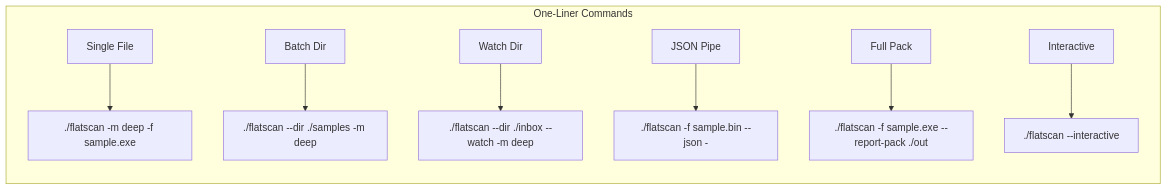
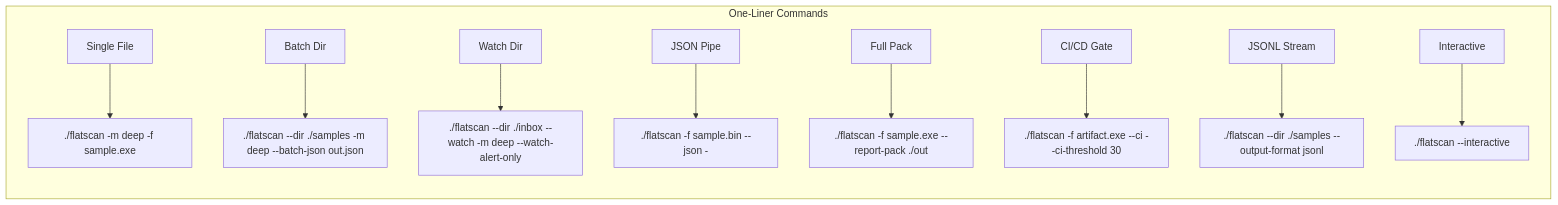
Before and after one commit to Masriyan/FlatScan: the first of 7 diagrams in usage.md, drawn with Mermaid. The commit also changed other lines of this file and 20 other files, not shown here.

````diff
--- a/usage.md
+++ b/usage.md
@@ -31,11 +32,13 @@
 ```mermaid
 graph LR
     subgraph "One-Liner Commands"
         A["Single File"] --> B["./flatscan -m deep -f sample.exe"]
-        C["Batch Dir"] --> D["./flatscan --dir ./samples -m deep"]
-        E["Watch Dir"] --> F["./flatscan --dir ./inbox --watch -m deep"]
+        C["Batch Dir"] --> D["./flatscan --dir ./samples -m deep --batch-json out.json"]
+        E["Watch Dir"] --> F["./flatscan --dir ./inbox --watch -m deep --watch-alert-only"]
         G["JSON Pipe"] --> H["./flatscan -f sample.bin --json -"]
         I["Full Pack"] --> J["./flatscan -f sample.exe --report-pack ./out"]
-        K["Interactive"] --> L["./flatscan --interactive"]
+        K["CI/CD Gate"] --> L["./flatscan -f artifact.exe --ci --ci-threshold 30"]
+        M["JSONL Stream"] --> N["./flatscan --dir ./samples --output-format jsonl"]
+        O["Interactive"] --> P["./flatscan --interactive"]
     end
 ```
````
